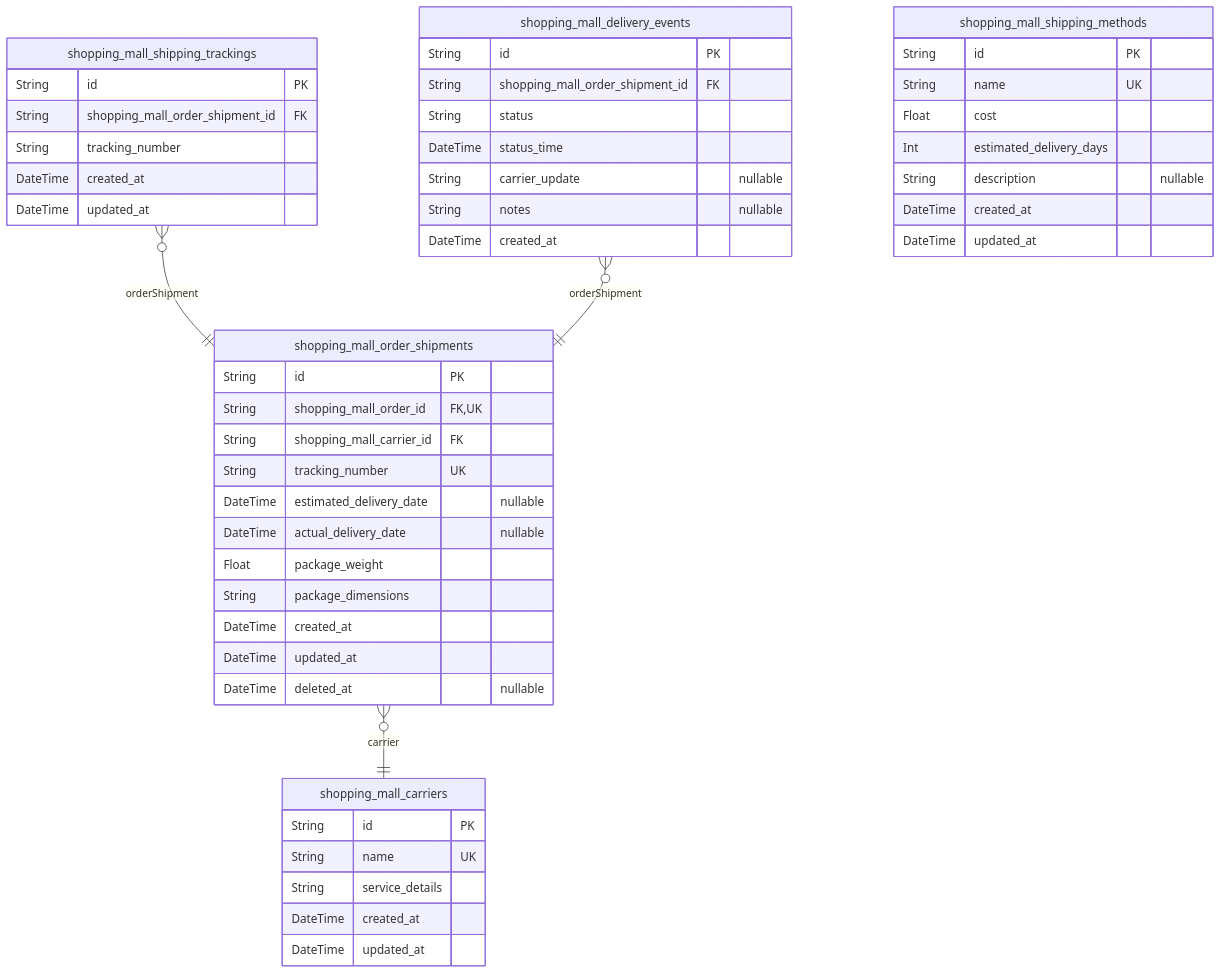
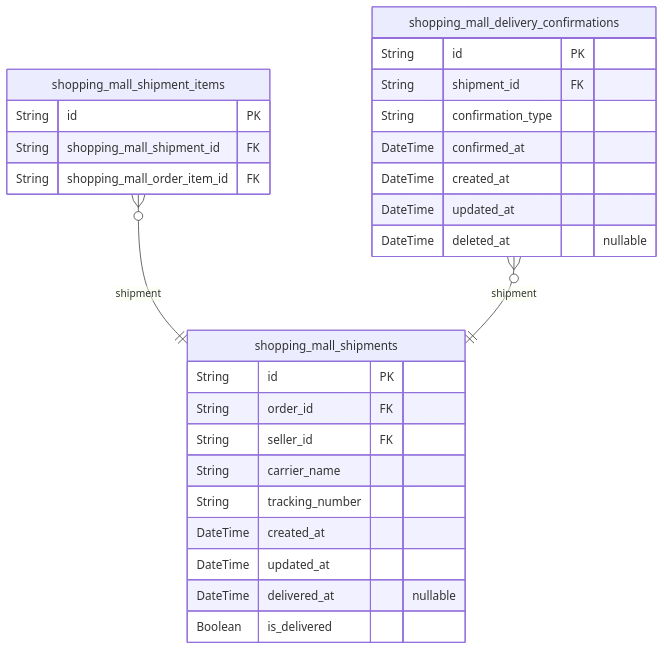
The seventh of 10 diagrams in qwen/qwen3-next-80b-a3b-instruct/shopping/docs/ERD.md (wrtnlabs/autobe-examples), drawn with Mermaid before and after one commit. The commit also changed other lines of this file and 9391 other files, not shown here.

````diff
--- a/qwen/qwen3-next-80b-a3b-instruct/shopping/docs/ERD.md
+++ b/qwen/qwen3-next-80b-a3b-instruct/shopping/docs/ERD.md
@@ -3781,51 +1930,30 @@
 ```mermaid
 erDiagram
-"shopping_mall_carriers" {
+"shopping_mall_shipments" {
   String id PK
-  String name UK
-  String service_details
-  DateTime created_at
-  DateTime updated_at
-}
-"shopping_mall_shipping_trackings" {
-  String id PK
-  String shopping_mall_order_shipment_id FK
+  String order_id FK
+  String seller_id FK
+  String carrier_name
   String tracking_number
   DateTime created_at
   DateTime updated_at
+  DateTime delivered_at "nullable"
+  Boolean is_delivered
 }
-"shopping_mall_delivery_events" {
+"shopping_mall_shipment_items" {
   String id PK
-  String shopping_mall_order_shipment_id FK
-  String status
-  DateTime status_time
-  String carrier_update "nullable"
-  String notes "nullable"
-  DateTime created_at
+  String shopping_mall_shipment_id FK
+  String shopping_mall_order_item_id FK
 }
-"shopping_mall_order_shipments" {
+"shopping_mall_delivery_confirmations" {
   String id PK
-  String shopping_mall_order_id FK,UK
-  String shopping_mall_carrier_id FK
-  String tracking_number UK
-  DateTime estimated_delivery_date "nullable"
-  DateTime actual_delivery_date "nullable"
-  Float package_weight
-  String package_dimensions
+  String shipment_id FK
+  String confirmation_type
+  DateTime confirmed_at
   DateTime created_at
   DateTime updated_at
   DateTime deleted_at "nullable"
 }
-"shopping_mall_shipping_methods" {
-  String id PK
-  String name UK
-  Float cost
-  Int estimated_delivery_days
-  String description "nullable"
-  DateTime created_at
-  DateTime updated_at
-}
-"shopping_mall_shipping_trackings" }o--|| "shopping_mall_order_shipments" : orderShipment
-"shopping_mall_delivery_events" }o--|| "shopping_mall_order_shipments" : orderShipment
-"shopping_mall_order_shipments" }o--|| "shopping_mall_carriers" : carrier
+"shopping_mall_shipment_items" }o--|| "shopping_mall_shipments" : shipment
+"shopping_mall_delivery_confirmations" }o--|| "shopping_mall_shipments" : shipment
 ```
````
